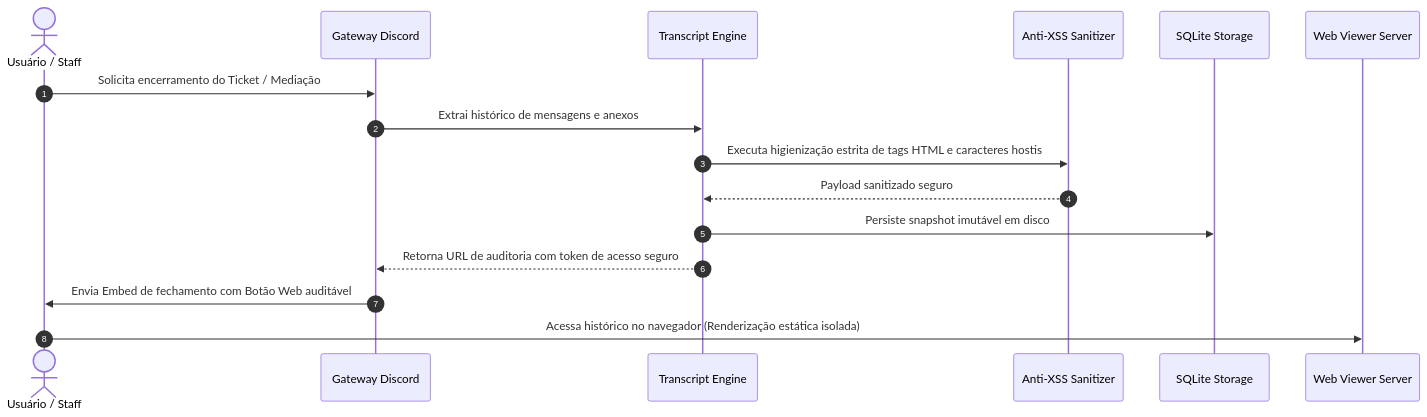
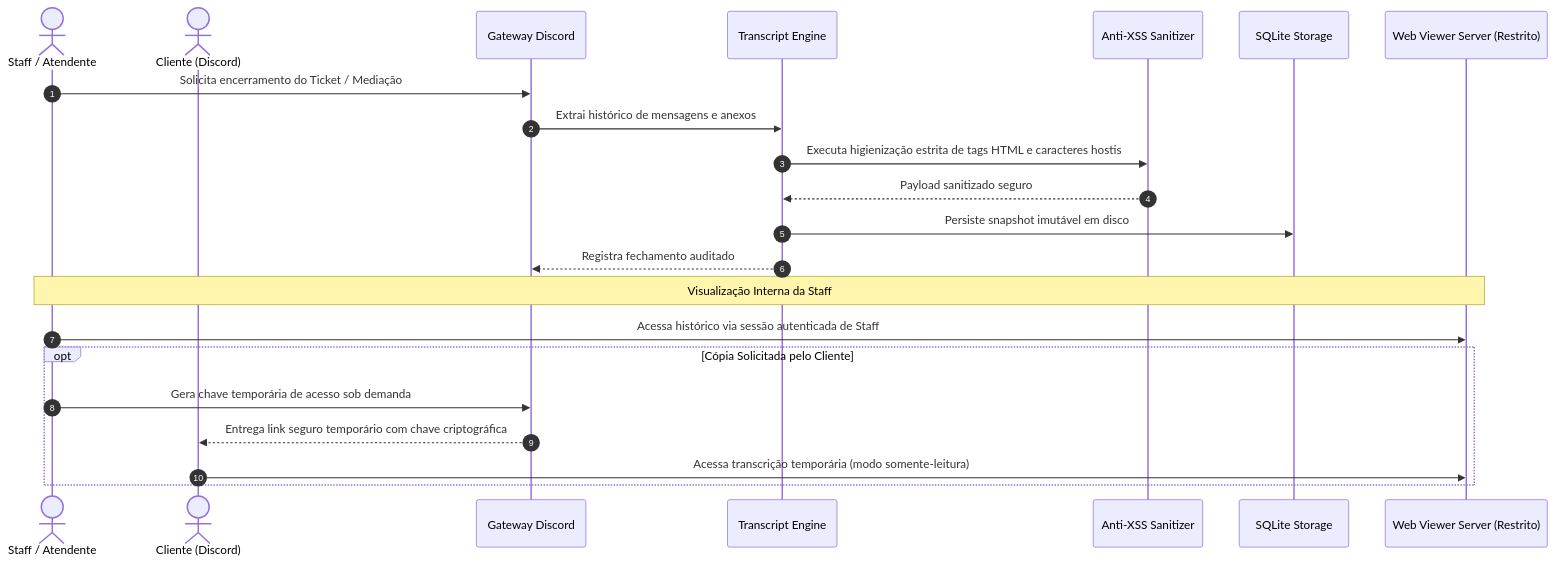
One commit to HellDevsStudio/hellcore-showcase changed the second of 2 diagrams in ARCHITECTURE.md. Above: the diagram before and after it, drawn with Mermaid. The commit also changed other lines of this file and 5 other files, not shown here.

Commit message:
docs: align public claims with actual access model (Discord-first, web staff-only)

````diff
--- a/ARCHITECTURE.md
+++ b/ARCHITECTURE.md
@@ -92,19 +94,25 @@
 ```mermaid
 sequenceDiagram
     autonumber
-    actor Cliente as Usuário / Staff
+    actor Staff as Staff / Atendente
+    actor Cliente as Cliente (Discord)
     participant Bot as Gateway Discord
     participant Pipeline as Transcript Engine
     participant Sanitizer as Anti-XSS Sanitizer
     participant DB as SQLite Storage
-    participant Web as Web Viewer Server
+    participant Web as Web Viewer Server (Restrito)
 
-    Cliente->>Bot: Solicita encerramento do Ticket / Mediação
+    Staff->>Bot: Solicita encerramento do Ticket / Mediação
     Bot->>Pipeline: Extrai histórico de mensagens e anexos
     Pipeline->>Sanitizer: Executa higienização estrita de tags HTML e caracteres hostis
     Sanitizer-->>Pipeline: Payload sanitizado seguro
     Pipeline->>DB: Persiste snapshot imutável em disco
-    Pipeline-->>Bot: Retorna URL de auditoria com token de acesso seguro
-    Bot->>Cliente: Envia Embed de fechamento com Botão Web auditável
-    Cliente->>Web: Acessa histórico no navegador (Renderização estática isolada)
+    Pipeline-->>Bot: Registra fechamento auditado
+    Note over Staff,Web: Visualização Interna da Staff
+    Staff->>Web: Acessa histórico via sessão autenticada de Staff
+    opt Cópia Solicitada pelo Cliente
+        Staff->>Bot: Gera chave temporária de acesso sob demanda
+        Bot-->>Cliente: Entrega link seguro temporário com chave criptográfica
+        Cliente->>Web: Acessa transcrição temporária (modo somente-leitura)
+    end
 ```
````
